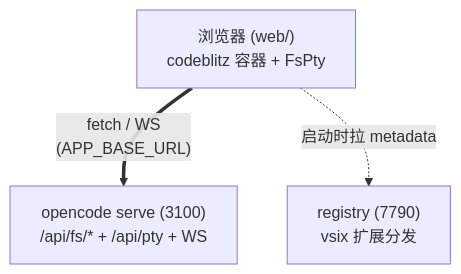
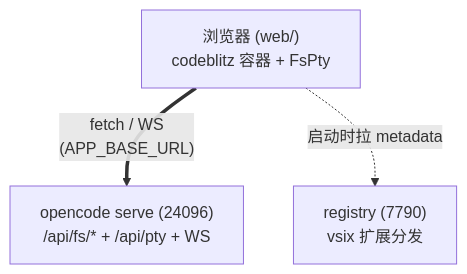
The first of 3 diagrams in README.md (weizuxiao911/magicbook), drawn with Mermaid before and after one commit. The commit also changed other lines of this file and 3 other files, not shown here.

````diff
--- a/README.md
+++ b/README.md
@@ -8,9 +8,9 @@
 ```mermaid
 graph TB
     Browser["浏览器 (web/)<br/>codeblitz 容器 + FsPty"]
-    Opencode["opencode serve (3100)<br/>/api/fs/* + /api/pty + WS"]
+    Opencode["opencode serve (24096)<br/>/api/fs/* + /api/pty + WS"]
     Registry["registry (7790)<br/>vsix 扩展分发"]
 
     Browser ==>|"fetch / WS<br/>(APP_BASE_URL)"| Opencode
     Browser -.->|"启动时拉 metadata"| Registry
 ```
````
